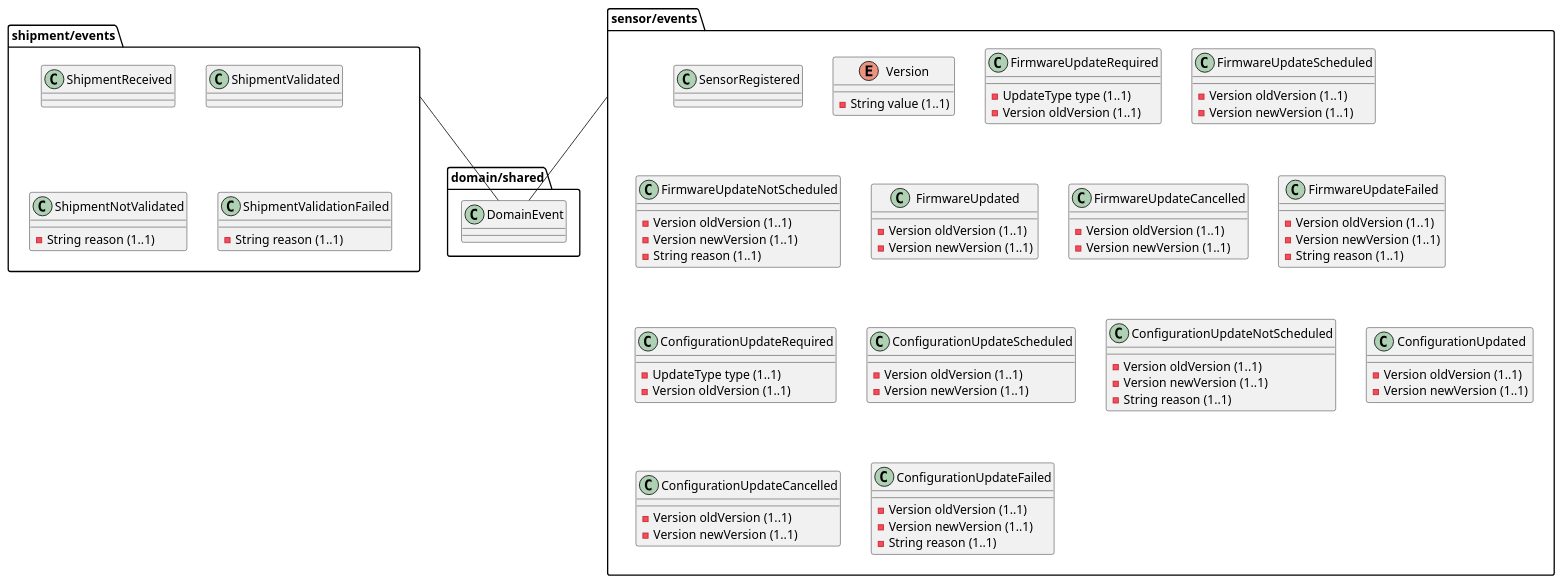
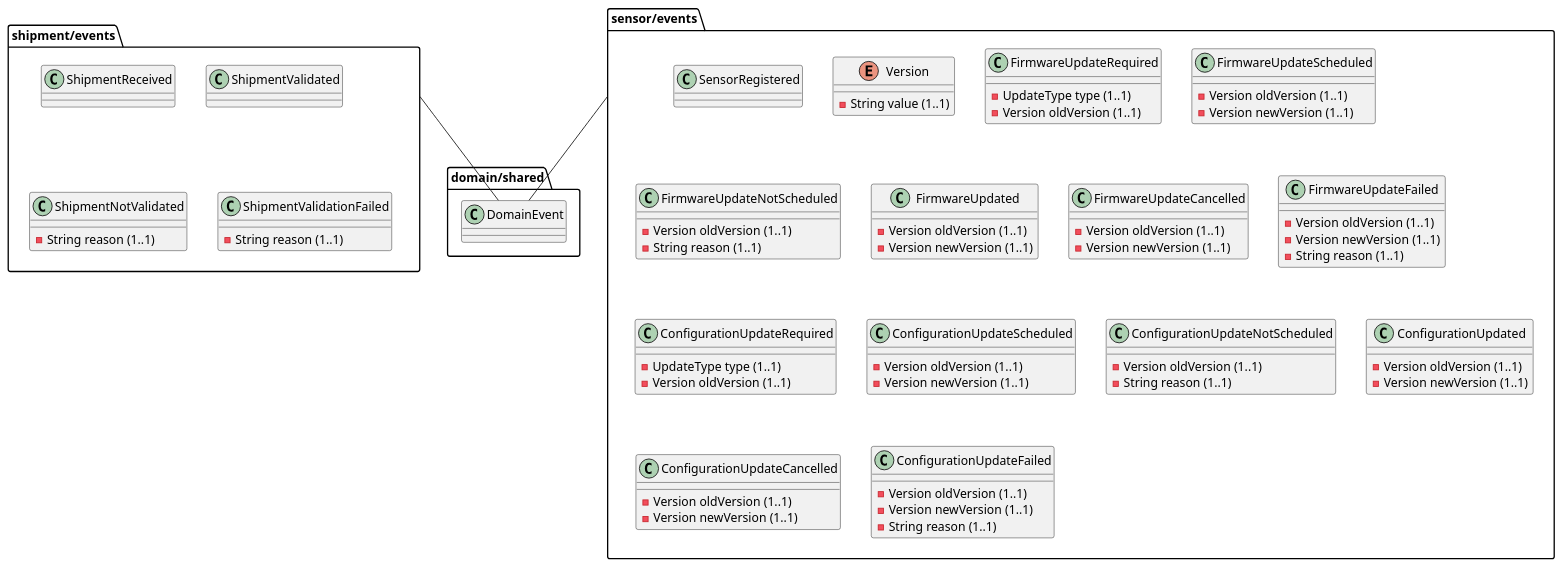
The diagram in docs/diagrams/DomainEvents.puml (AboutCodingBE/validation-excercise), drawn with PlantUML before and after one commit. The commit also changed 10 other files, not shown here.

```diff
--- a/docs/diagrams/DomainEvents.puml
+++ b/docs/diagrams/DomainEvents.puml
@@ -1,98 +1,96 @@
 @startuml
 
 package domain/shared as ds {
   class DomainEvent
 }
 
 package shipment/events as she {
   class ShipmentReceived {
   }
 
   class ShipmentValidated {
   }
 
   class ShipmentNotValidated {
     -String reason (1..1)
   }
 
   class ShipmentValidationFailed {
     -String reason (1..1)
   }
 }
 
 package sensor/events as see {
   class SensorRegistered {}
 
   enum Version {
     -String value (1..1)
   }
 
   class FirmwareUpdateRequired {
     -UpdateType type (1..1)
     -Version oldVersion (1..1)
   }
 
   class FirmwareUpdateScheduled {
     -Version oldVersion (1..1)
     -Version newVersion (1..1)
   }
 
   class FirmwareUpdateNotScheduled {
       -Version oldVersion (1..1)
-      -Version newVersion (1..1)
       -String reason (1..1)
     }
 
   class FirmwareUpdated {
     -Version oldVersion (1..1)
     -Version newVersion (1..1)
   }
 
   class FirmwareUpdateCancelled {
     -Version oldVersion (1..1)
     -Version newVersion (1..1)
   }
 
   class FirmwareUpdateFailed {
     -Version oldVersion (1..1)
     -Version newVersion (1..1)
     -String reason (1..1)
   }
   
   class ConfigurationUpdateRequired {
     -UpdateType type (1..1)
     -Version oldVersion (1..1)
   }
 
   class ConfigurationUpdateScheduled {
     -Version oldVersion (1..1)
     -Version newVersion (1..1)
   }
 
   class ConfigurationUpdateNotScheduled {
     -Version oldVersion (1..1)
-    -Version newVersion (1..1)
     -String reason (1..1)
   }
   
   class ConfigurationUpdated {
     -Version oldVersion (1..1)
     -Version newVersion (1..1)
   }
   
   class ConfigurationUpdateCancelled {
     -Version oldVersion (1..1)
     -Version newVersion (1..1)
   }
   
   class ConfigurationUpdateFailed {
     -Version oldVersion (1..1)
     -Version newVersion (1..1)
     -String reason (1..1)
   }
 }
 
 she -- DomainEvent
 see -- DomainEvent
 
 @enduml
```
